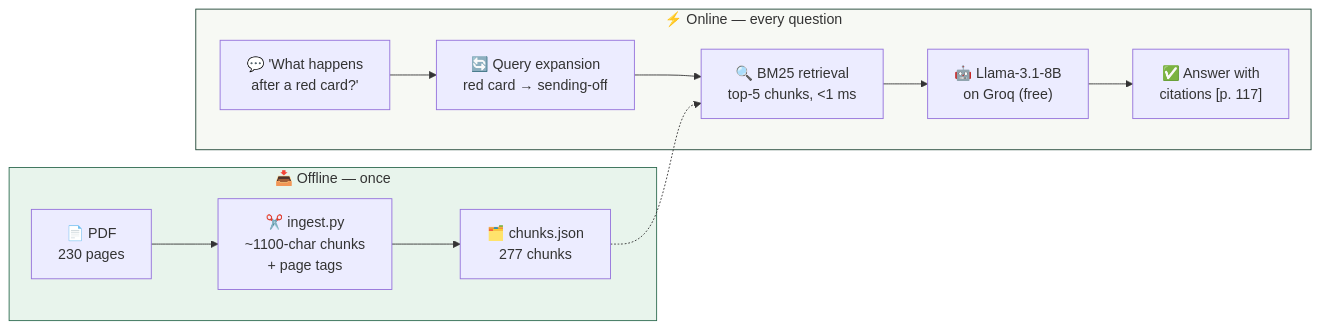
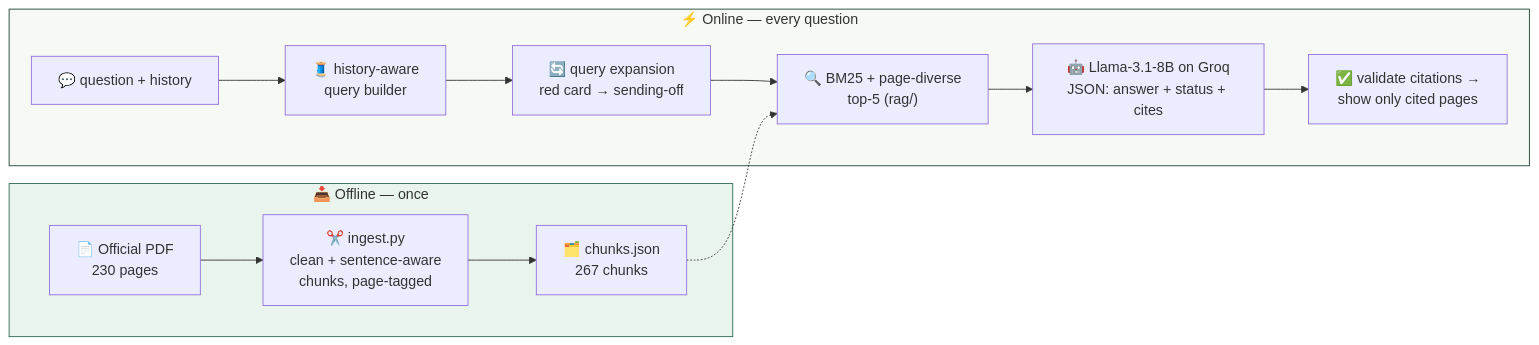
One commit to harish885/fifa-rag-chatbot changed the diagram in README.md. Above: the diagram before and after it, drawn with Mermaid. The commit also changed other lines of this file and 44 other files, not shown here.

````diff
--- a/README.md
+++ b/README.md
@@ -99,16 +65,17 @@
 ```mermaid
 flowchart LR
     subgraph OFFLINE["📥 Offline — once"]
-        A["📄 PDF<br/>230 pages"] --> B["✂️ ingest.py<br/>~1100-char chunks<br/>+ page tags"]
-        B --> C["🗂️ chunks.json<br/>277 chunks"]
+        A["📄 Official PDF<br/>230 pages"] --> B["✂️ ingest.py<br/>clean + sentence-aware<br/>chunks, page-tagged"]
+        B --> C["🗂️ chunks.json<br/>267 chunks"]
     end
     subgraph ONLINE["⚡ Online — every question"]
-        D["💬 'What happens<br/>after a red card?'"] --> E["🔄 Query expansion<br/>red card → sending-off"]
-        E --> F["🔍 BM25 retrieval<br/>top-5 chunks, <1 ms"]
-        C -.-> F
-        F --> G["🤖 Llama-3.1-8B<br/>on Groq (free)"]
-        G --> H["✅ Answer with<br/>citations [p. 117]"]
+        D["💬 question + history"] --> E["🧵 history-aware<br/>query builder"]
+        E --> F["🔄 query expansion<br/>red card → sending-off"]
+        F --> G["🔍 BM25 + page-diverse<br/>top-5 (rag/)"]
+        C -.-> G
+        G --> H["🤖 Llama-3.1-8B on Groq<br/>JSON: answer + status + cites"]
+        H --> I["✅ validate citations →<br/>show only cited pages"]
     end
     style OFFLINE fill:#E8F4EC,stroke:#2D6A4F
     style ONLINE fill:#F7F9F4,stroke:#1B4332
 ```
````
